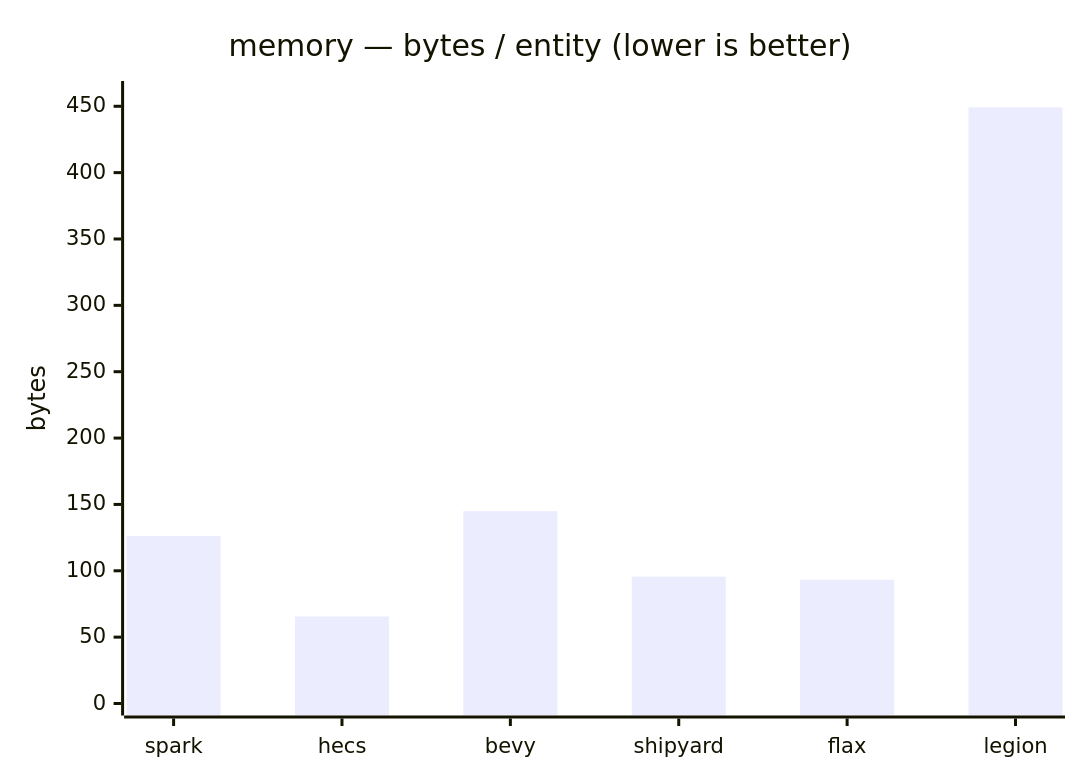
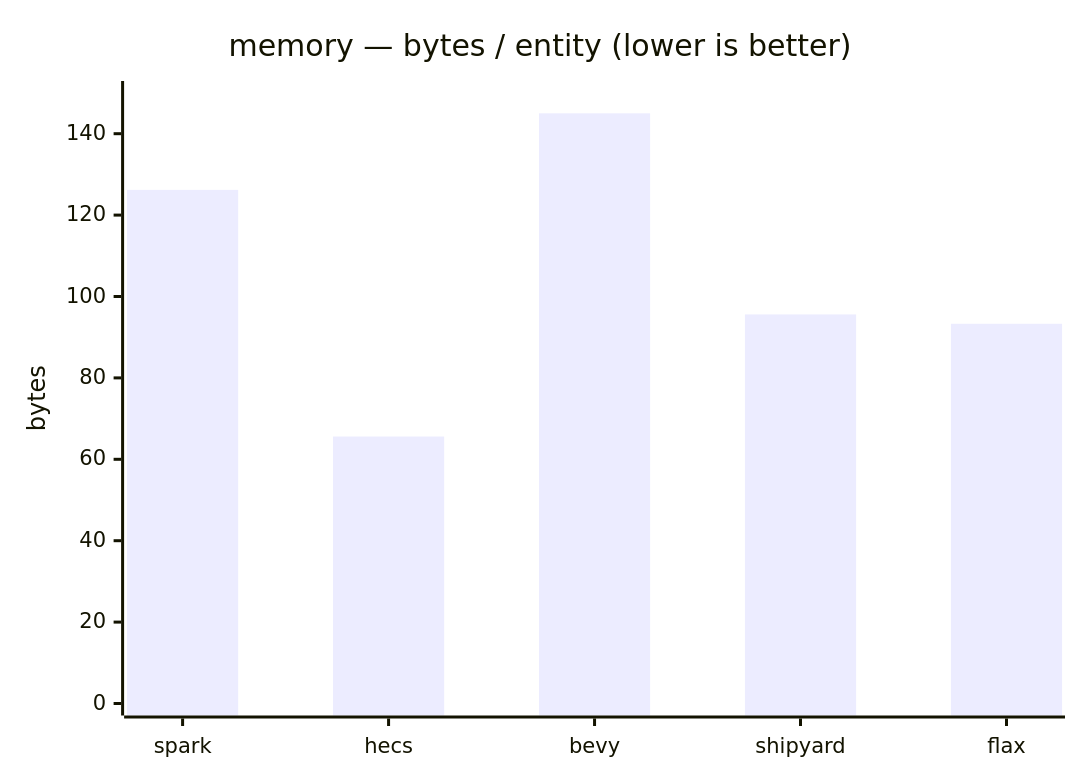
One commit to AlexTiTanium/spark changed the fourth of 6 diagrams in bench/spark-ecs-bench/results/2026-05-31-bbb0e5d.md. Above: the diagram before and after it, drawn with Mermaid. The commit also changed other lines of this file and 6 other files, not shown here.

````diff
--- a/bench/spark-ecs-bench/results/2026-05-31-bbb0e5d.md
+++ b/bench/spark-ecs-bench/results/2026-05-31-bbb0e5d.md
@@ -119,7 +154,7 @@
 ```mermaid
 xychart-beta
     title "memory — bytes / entity (lower is better)"
-    x-axis ["spark", "hecs", "bevy", "shipyard", "flax", "legion"]
-    y-axis "bytes" 0 --> 460
-    bar [126.2, 65.6, 145.0, 95.6, 93.3, 449.2]
+    x-axis ["spark", "hecs", "bevy", "shipyard", "flax"]
+    y-axis "bytes" 0 --> 150
+    bar [126.2, 65.6, 145.0, 95.6, 93.3]
 ```
````
